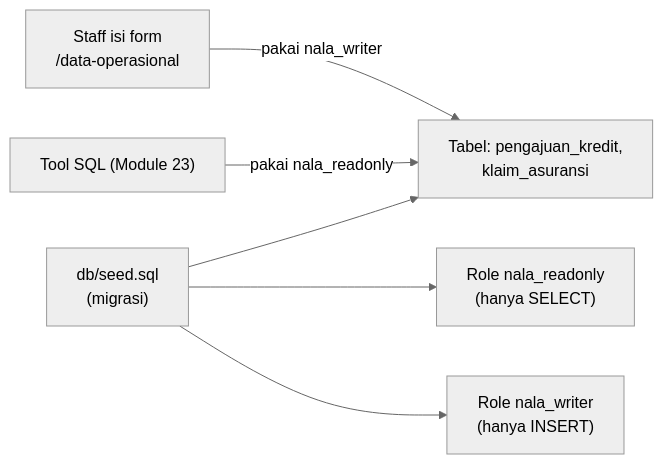
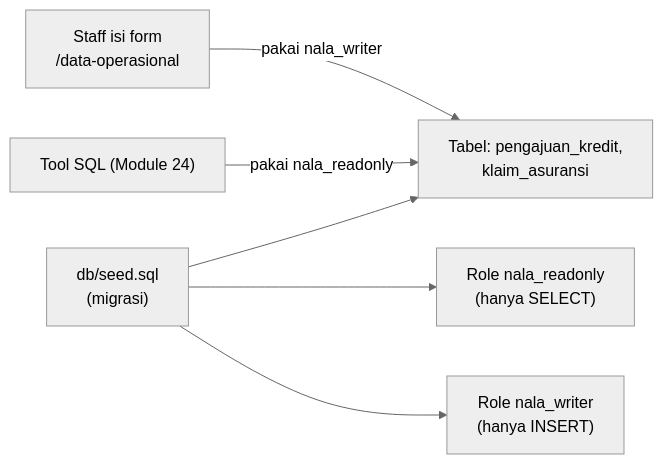
The first of 2 diagrams in Module-22-Setup-Data-Operasional-PostgreSQL/materi.md (githubna-ilham/nala_ai), drawn with Mermaid (neutral theme) before and after one commit. The commit also changed other lines of this file and 1 other file, not shown here.

Commit message:
Module 21-22 (dulu 20-21): perbaiki H1 title dan semua cross-reference nomor modul setelah pemisahan Module 12/13

````diff
--- a/Module-22-Setup-Data-Operasional-PostgreSQL/materi.md
+++ b/Module-22-Setup-Data-Operasional-PostgreSQL/materi.md
@@ -13,8 +13,8 @@
 ```mermaid
 flowchart LR
     S["db/seed.sql<br/>(migrasi)"] --> T["Tabel: pengajuan_kredit,<br/>klaim_asuransi"]
     S --> R1["Role nala_readonly<br/>(hanya SELECT)"]
     S --> R2["Role nala_writer<br/>(hanya INSERT)"]
     F["Staff isi form<br/>/data-operasional"] -->|"pakai nala_writer"| T
-    Q["Tool SQL (Module 23)"] -->|"pakai nala_readonly"| T
+    Q["Tool SQL (Module 24)"] -->|"pakai nala_readonly"| T
 ```
````
